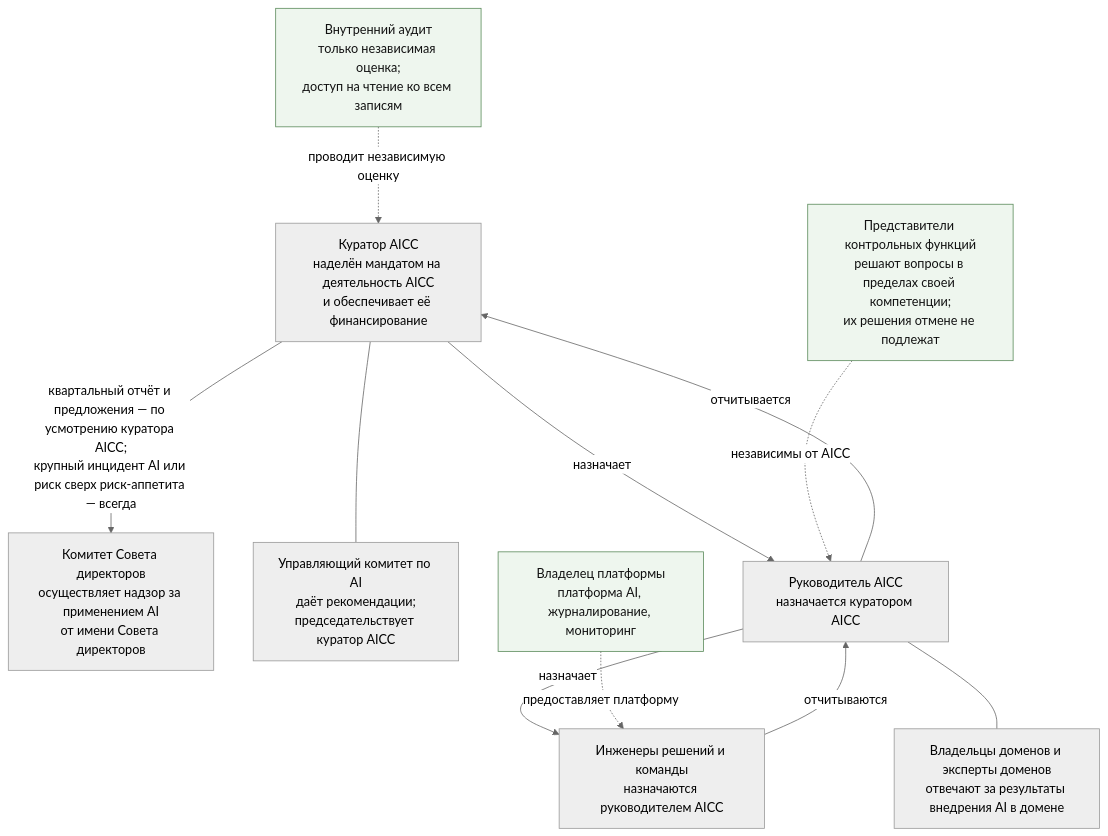
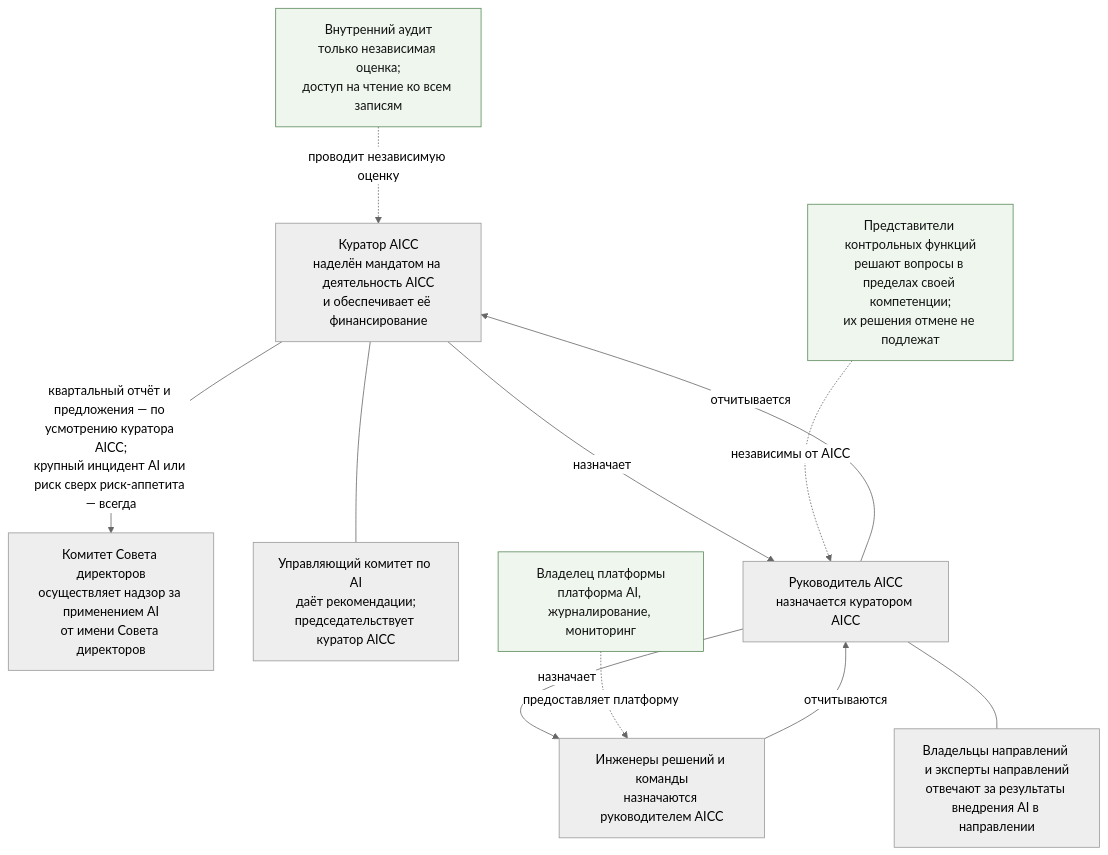
One commit to devhogu/ob-aicc changed the first of 3 diagrams in charter/ru/guides/unit-governance-guide.md. Above: the diagram before and after it, drawn with Mermaid (neutral theme). The commit also changed other lines of this file and 290 other files, not shown here.

````diff
--- a/charter/ru/guides/unit-governance-guide.md
+++ b/charter/ru/guides/unit-governance-guide.md
@@ -19,24 +19,24 @@
 ```mermaid
 flowchart TB
   BD["Комитет Совета директоров<br/>осуществляет надзор за применением AI<br/>от имени Совета директоров"]
   ES["Куратор AICC<br/>наделён мандатом на деятельность AICC<br/>и обеспечивает её финансирование"]
   AS["Управляющий комитет по AI<br/>даёт рекомендации;<br/>председательствует куратор AICC"]
   AL["Руководитель AICC<br/>назначается куратором AICC"]
   TM["Инженеры решений и команды<br/>назначаются руководителем AICC"]
-  DO["Владельцы доменов и эксперты доменов<br/>отвечают за результаты внедрения AI в домене"]
+  DO["Владельцы направлений и эксперты направлений<br/>отвечают за результаты внедрения AI в направлении"]
   CF["Представители контрольных функций<br/>решают вопросы в пределах своей компетенции;<br/>их решения отмене не подлежат"]
   PO["Владелец платформы<br/>платформа AI, журналирование, мониторинг"]
   IA["Внутренний аудит<br/>только независимая оценка;<br/>доступ на чтение ко всем записям"]
   ES -->|"назначает"| AL
   ES --- AS
   AL -->|"назначает"| TM
   AL --- DO
   TM -->|"отчитываются"| AL
   AL -->|"отчитывается"| ES
   ES -->|"квартальный отчёт и предложения — по усмотрению куратора AICC;<br/>крупный инцидент AI или риск сверх риск-аппетита — всегда"| BD
   CF -.->|"независимы от AICC"| AL
   PO -.->|"предоставляет платформу"| TM
   IA -.->|"проводит независимую оценку"| ES
   classDef ext fill:#eef6ee,stroke:#5a8a5a,color:#111
   class CF,PO,IA ext
 ```
````
